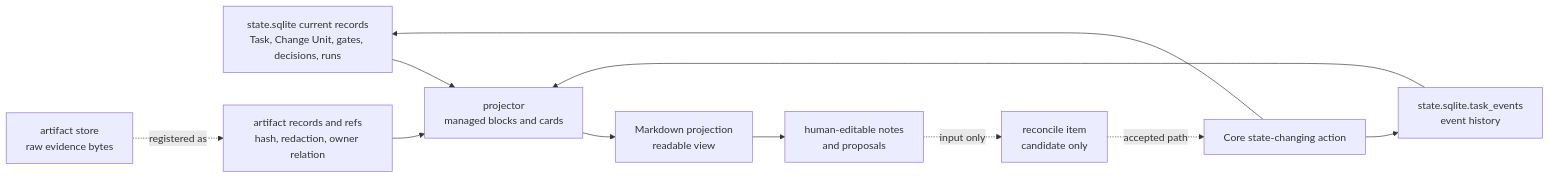
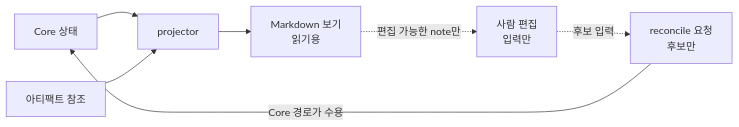
The diagram in docs/ko/reference/document-projection.md (minjungw00/Volicord), drawn with Mermaid before and after one commit. The commit also changed 11 other files, not shown here.

Commit message:
docs: refresh diagrams for clarified harness flows

````diff
--- a/docs/ko/reference/document-projection.md
+++ b/docs/ko/reference/document-projection.md
@@ -72,23 +72,16 @@
 ```mermaid
 flowchart LR
-  State["state.sqlite current records<br/>Task, Change Unit, gates, decisions, runs"]
-  Events["state.sqlite.task_events<br/>event history"]
-  Store["artifact store<br/>raw evidence bytes"]
-  ArtifactRefs["artifact records and refs<br/>hash, redaction, owner relation"]
-  Projector["projector<br/>managed blocks and cards"]
-  Markdown["Markdown projection<br/>readable view"]
-  Human["human-editable notes<br/>and proposals"]
-  Reconcile["reconcile item<br/>candidate only"]
-  Core["Core state-changing action"]
+  Core["Core 상태"]
+  ArtifactRefs["아티팩트 참조"]
+  Projector["projector"]
+  Markdown["Markdown 보기<br/>읽기용"]
+  Human["사람 편집<br/>입력만"]
+  Reconcile["reconcile 요청<br/>후보만"]
 
-  State --> Projector
-  Events --> Projector
+  Core --> Projector
   ArtifactRefs --> Projector
-  Store -. "registered as" .-> ArtifactRefs
   Projector --> Markdown
-  Markdown --> Human
-  Human -. "input only" .-> Reconcile
-  Reconcile -. "accepted path" .-> Core
-  Core --> State
-  Core --> Events
+  Markdown -. "편집 가능한 note만" .-> Human
+  Human -. "후보 입력" .-> Reconcile
+  Reconcile -->|Core 경로가 수용| Core
 ```
````
